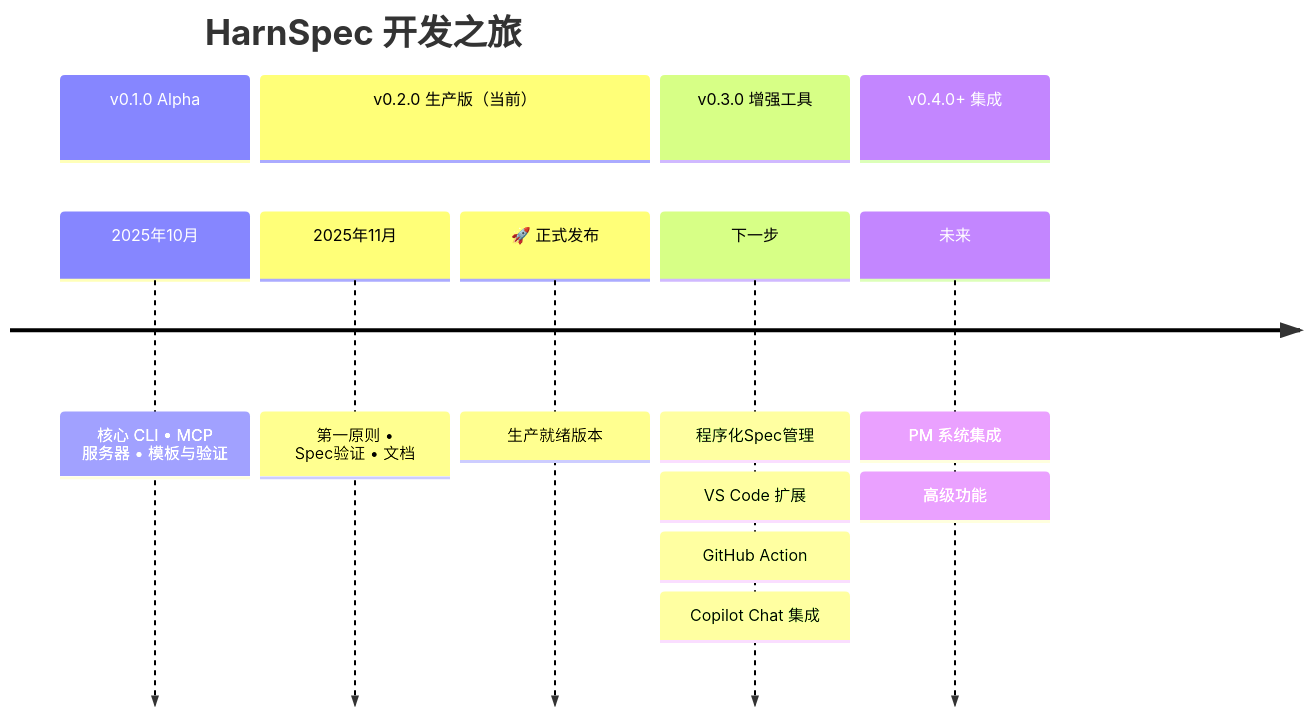
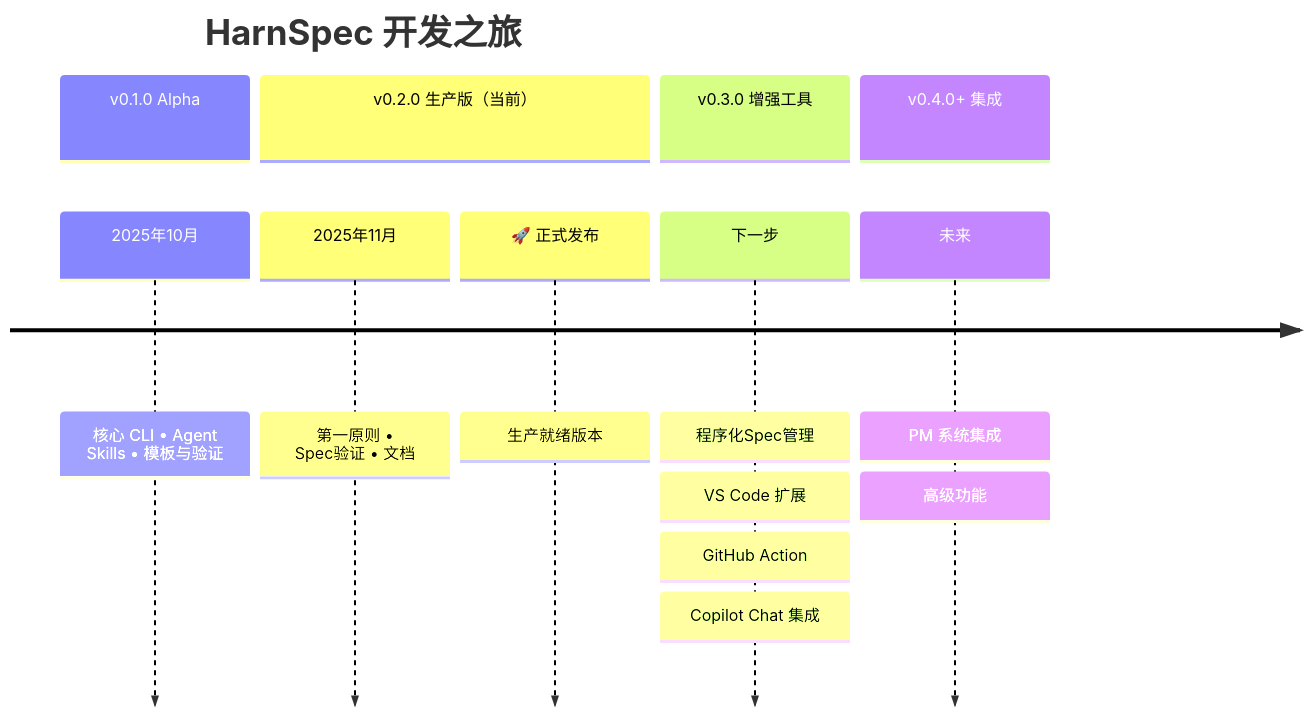
Before and after one commit to harnspec/harnspec: the first of 2 diagrams in docs-site/docs/roadmap.mdx, drawn with Mermaid. The commit also changed other lines of this file and 48 other files, not shown here.

````diff
--- a/docs-site/docs/roadmap.mdx
+++ b/docs-site/docs/roadmap.mdx
@@ -19,17 +19,17 @@
 ```mermaid
 timeline
     title HarnSpec 开发之旅
     section v0.1.0 Alpha
-        2025年10月 : 核心 CLI • MCP 服务器 • 模板与验证
+        2025年10月 : 核心 CLI • Agent Skills • 模板与验证
     section v0.2.0 生产版（当前）
         2025年11月 : 第一原则 • Spec验证 • 文档
         🚀 正式发布 : 生产就绪版本
     section v0.3.0 增强工具
         下一步 : 程序化Spec管理
              : VS Code 扩展
              : GitHub Action
              : Copilot Chat 集成
     section v0.4.0+ 集成
         未来 : PM 系统集成
                : 高级功能
 ```
````
